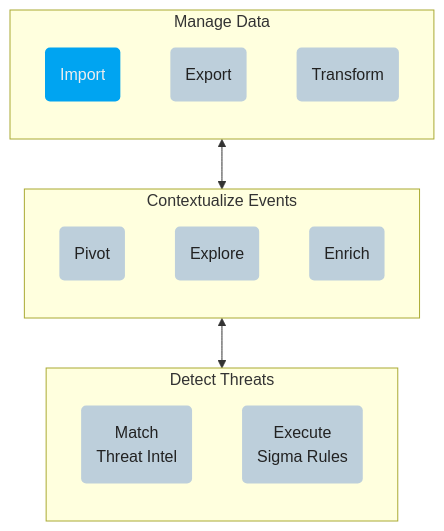
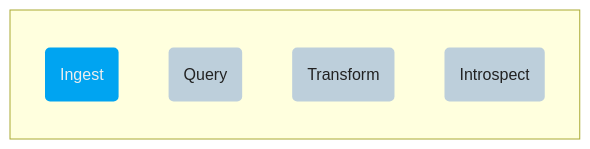
Before and after one commit to tenzir/tenzir: the diagram in docs/docs/use-vast/README.md, drawn with Mermaid. The commit also changed 2 other files, not shown here.

Commit message:
Add scaffold for Ingest page

````diff
--- a/docs/docs/use-vast/README.md
+++ b/docs/docs/use-vast/README.md
@@ -17,34 +17,17 @@
 ```mermaid
 flowchart TB
   classDef action fill:#00a4f1,stroke:none,color:#eee
   classDef future fill:#bdcfdb,stroke:none,color:#222
   %% Actions
-  subgraph manage [Manage Data]
+  subgraph manage [ ]
     direction TB
-    import(Import):::action
-    export(Export):::future
+    ingest(Ingest):::action
+    query(Query):::future
     transform(Transform):::future
+    introspect(Introspect):::future
   end
-  subgraph contextualize [Contextualize Events]
-    direction TB
-    pivot(Pivot):::future
-    explore(Explore):::future
-    enrich(Enrich):::future
-  end
-  subgraph detect [Detect Threats]
-    direction TB
-    match(Match<br/>Threat Intel):::future
-    sigma(Execute<br/>Sigma Rules):::future
-  end
-  %% Edges
-  manage <--> contextualize <--> detect
-  %% Links
-  click import "/vast/docs/use-vast/manage-data/import" "Import Data"
-  %%click export "/vast/docs/use-vast/manage-data/export" "Export Data"
-  %%click transform "/vast/docs/use-vast/manage-data/transform" "Transform Data"
-  %%click pivot "/vast/docs/use-vast/contextualize-events/pivot" "Pivot"
-  %%click explore "/vast/docs/use-vast/contextualize-events/explore" "Explore"
-  %%click enrich "/vast/docs/use-vast/contextualize-events/enrich" "Enrich"
-  %%click match "/vast/docs/use-vast/detect-threats/match-threat-intel" "Match Threat Intel"
-  %%click sigma "/vast/docs/use-vast/detect-threats/execute-sigma-rules" "Execute Sigma Rules"
+  click ingest "/vast/docs/use-vast/ingest" "Ingest Data"
+  %%click query "/vast/docs/use-vast/query" "Query Data"
+  %%click transform "/vast/docs/use-vast/transform" "Transform Data"
+  %%click introspect "/vast/docs/use-vast/introspect" "Introspect Data"
 ```
````
